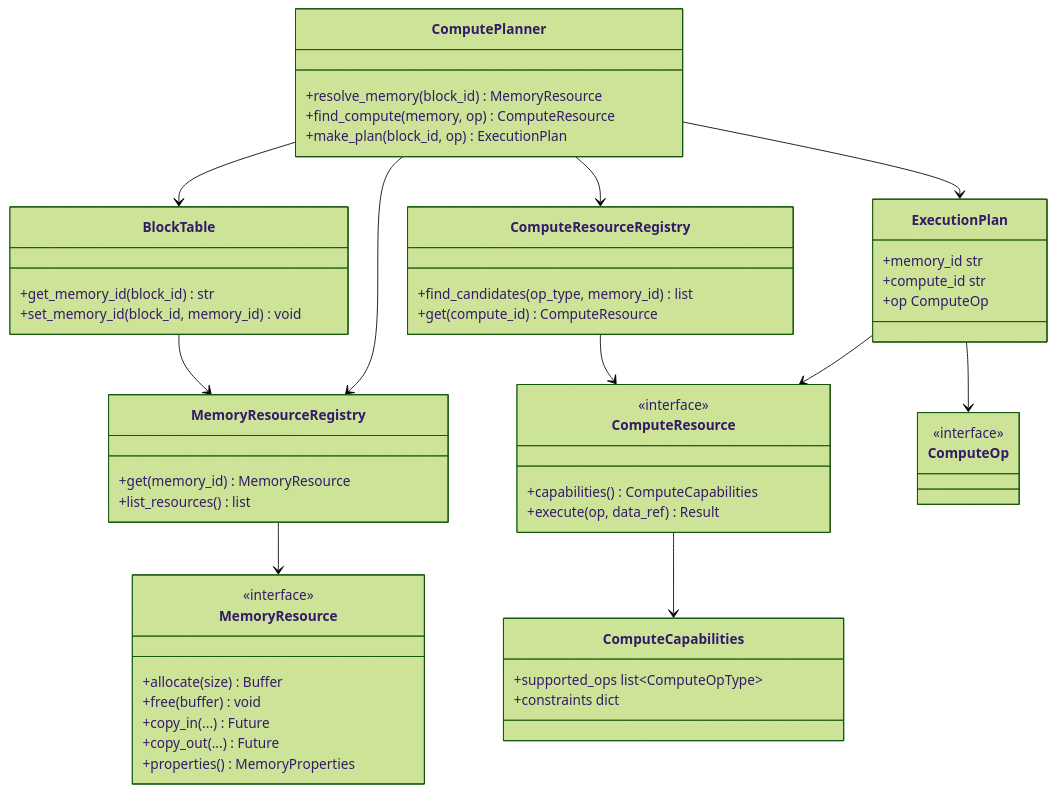
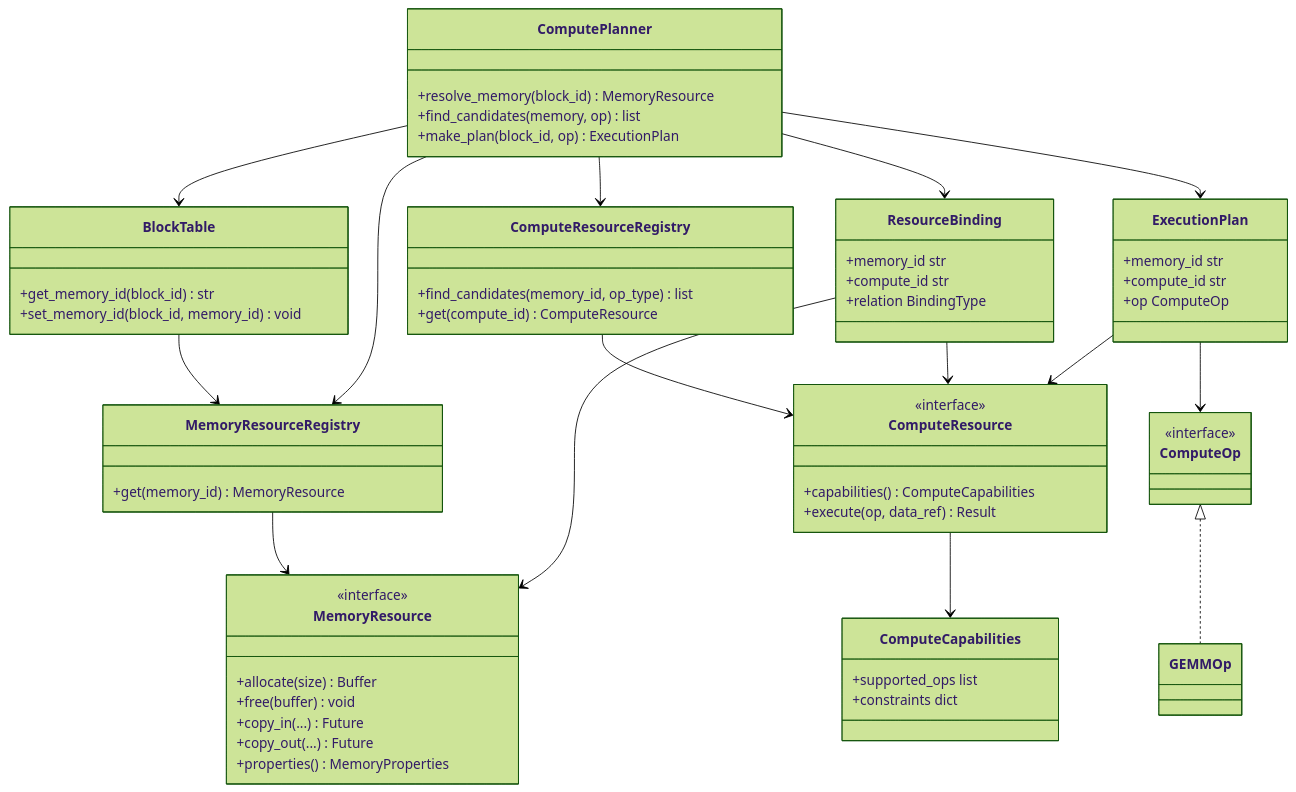
Before and after one commit to mkim0628/vllm: the sixth of 8 diagrams in doc-mk/vllm-compute-capable-memory-candidates.md, drawn with Mermaid (forest theme). The commit also changed other lines of this file, not shown here.

Commit message:
docs: refine DP2 candidates and trade-off evaluation

````diff
--- a/doc-mk/vllm-compute-capable-memory-candidates.md
+++ b/doc-mk/vllm-compute-capable-memory-candidates.md
@@ -453,64 +312,64 @@
 ```mermaid
 classDiagram
     class BlockTable {
         +get_memory_id(block_id) str
         +set_memory_id(block_id, memory_id) void
     }
-
     class MemoryResourceRegistry {
         +get(memory_id) MemoryResource
-        +list_resources() list
     }
-
     class MemoryResource {
         <<interface>>
         +allocate(size) Buffer
         +free(buffer) void
         +copy_in(...) Future
         +copy_out(...) Future
         +properties() MemoryProperties
     }
-
     class ComputeResourceRegistry {
-        +find_candidates(op_type, memory_id) list
+        +find_candidates(memory_id, op_type) list
         +get(compute_id) ComputeResource
     }
-
     class ComputeResource {
         <<interface>>
         +capabilities() ComputeCapabilities
         +execute(op, data_ref) Result
     }
-
     class ComputeCapabilities {
-        +supported_ops list~ComputeOpType~
+        +supported_ops list
         +constraints dict
     }
-
+    class ResourceBinding {
+        +memory_id str
+        +compute_id str
+        +relation BindingType
+    }
     class ComputePlanner {
         +resolve_memory(block_id) MemoryResource
-        +find_compute(memory, op) ComputeResource
+        +find_candidates(memory, op) list
         +make_plan(block_id, op) ExecutionPlan
     }
-
     class ExecutionPlan {
         +memory_id str
         +compute_id str
         +op ComputeOp
     }
-
     class ComputeOp {
         <<interface>>
     }
-
+    class GEMMOp
+    ComputeOp <|.. GEMMOp
     BlockTable --> MemoryResourceRegistry
     MemoryResourceRegistry --> MemoryResource
     ComputeResourceRegistry --> ComputeResource
     ComputeResource --> ComputeCapabilities
+    ResourceBinding --> MemoryResource
+    ResourceBinding --> ComputeResource
     ComputePlanner --> BlockTable
     ComputePlanner --> MemoryResourceRegistry
     ComputePlanner --> ComputeResourceRegistry
+    ComputePlanner --> ResourceBinding
     ComputePlanner --> ExecutionPlan
     ExecutionPlan --> ComputeResource
     ExecutionPlan --> ComputeOp
 ```
````
